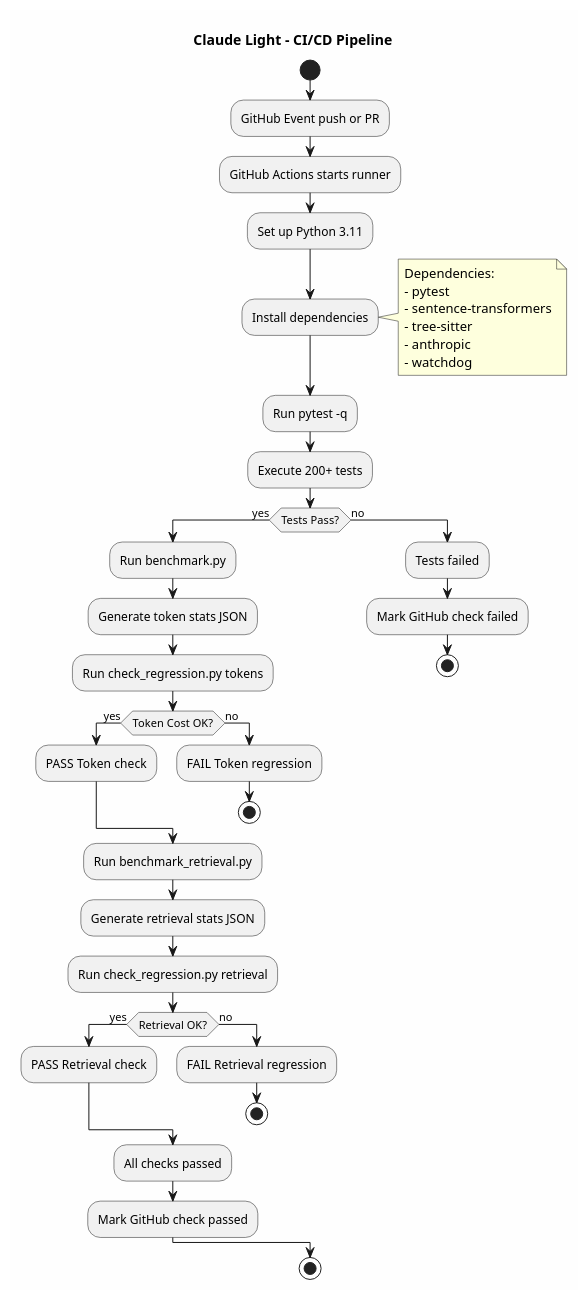
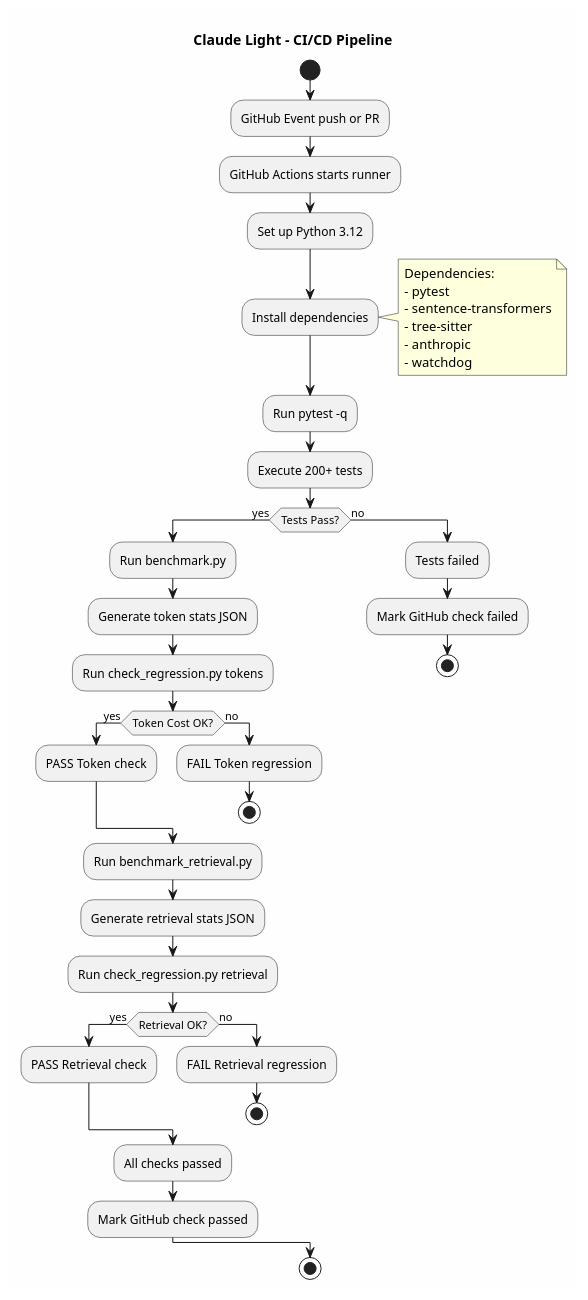
The fourth of 4 diagrams in docs/test_strategy.md (PIsberg/claude_light), drawn with PlantUML before and after one commit. The commit also changed other lines of this file and 14 other files, not shown here.

````diff
--- a/docs/test_strategy.md
+++ b/docs/test_strategy.md
@@ -487,60 +487,60 @@
 ```plantuml
 @startuml CI_CD_Pipeline
 title Claude Light - CI/CD Pipeline
 
 skinparam backgroundColor #FEFEFE
 
 start
 
 :GitHub Event push or PR;
 :GitHub Actions starts runner;
-:Set up Python 3.11;
+:Set up Python 3.12;
 :Install dependencies;
 
 note right
   Dependencies:
   - pytest
   - sentence-transformers
   - tree-sitter
   - anthropic
   - watchdog
 end note
 
 :Run pytest -q;
 :Execute 200+ tests;
 
 if (Tests Pass?) then (yes)
   :Run benchmark.py;
   :Generate token stats JSON;
   :Run check_regression.py tokens;
   
   if (Token Cost OK?) then (yes)
     :PASS Token check;
   else (no)
     :FAIL Token regression;
     stop
   endif
   
   :Run benchmark_retrieval.py;
   :Generate retrieval stats JSON;
   :Run check_regression.py retrieval;
   
   if (Retrieval OK?) then (yes)
     :PASS Retrieval check;
   else (no)
     :FAIL Retrieval regression;
     stop
   endif
   
   :All checks passed;
   :Mark GitHub check passed;
 else (no)
   :Tests failed;
   :Mark GitHub check failed;
   stop
 endif
 
 stop
 
 @enduml
 ```
````
